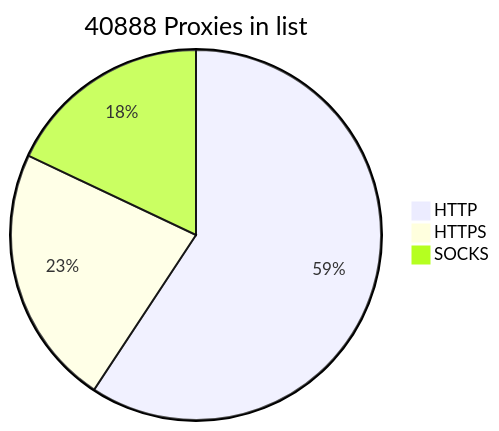
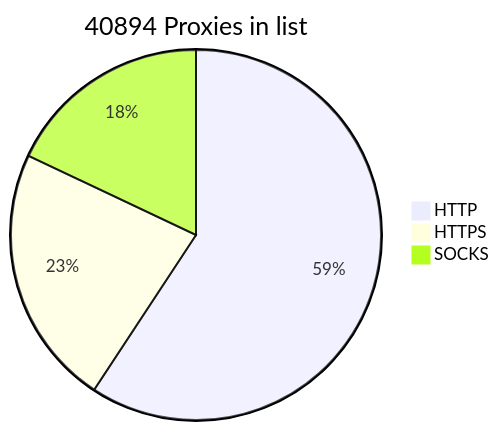
One commit to BlackSnowDot/proxylist-update-every-minute changed the diagram in README.md. Above: the diagram before and after it, drawn with Mermaid.

````diff
--- a/README.md
+++ b/README.md
@@ -2,6 +2,6 @@
 ```mermaid
-pie title 40888 Proxies in list
+pie title 40894 Proxies in list
     "HTTP" : 28539
     "HTTPS": 10963
-    "SOCKS" : 8648
+    "SOCKS" : 8654
 ```
````
